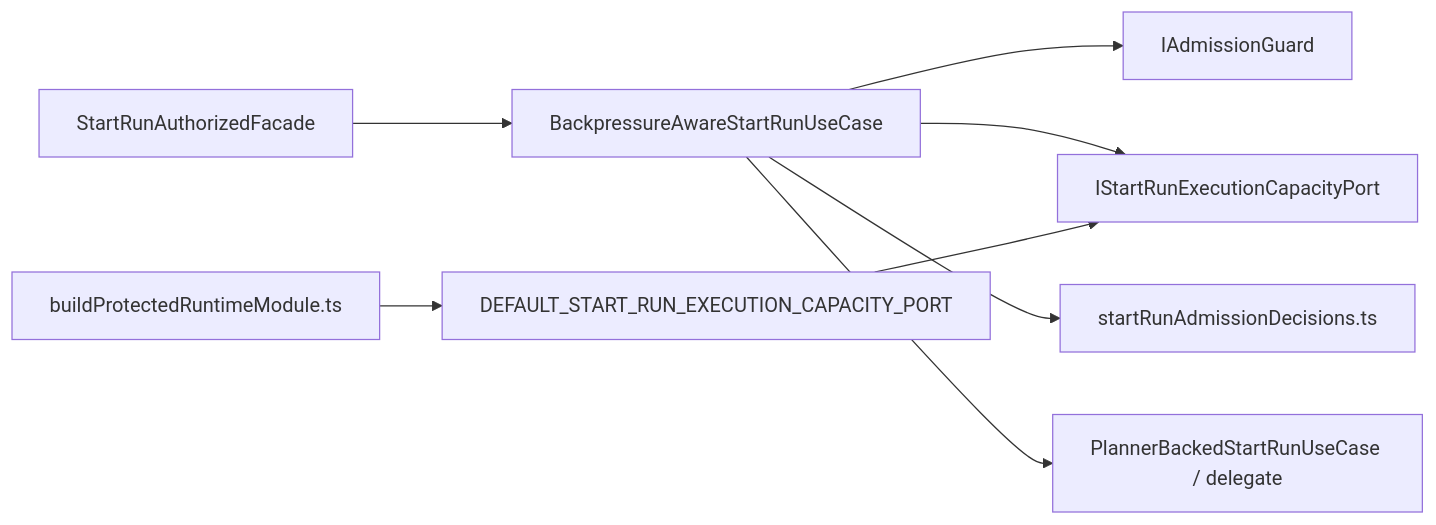
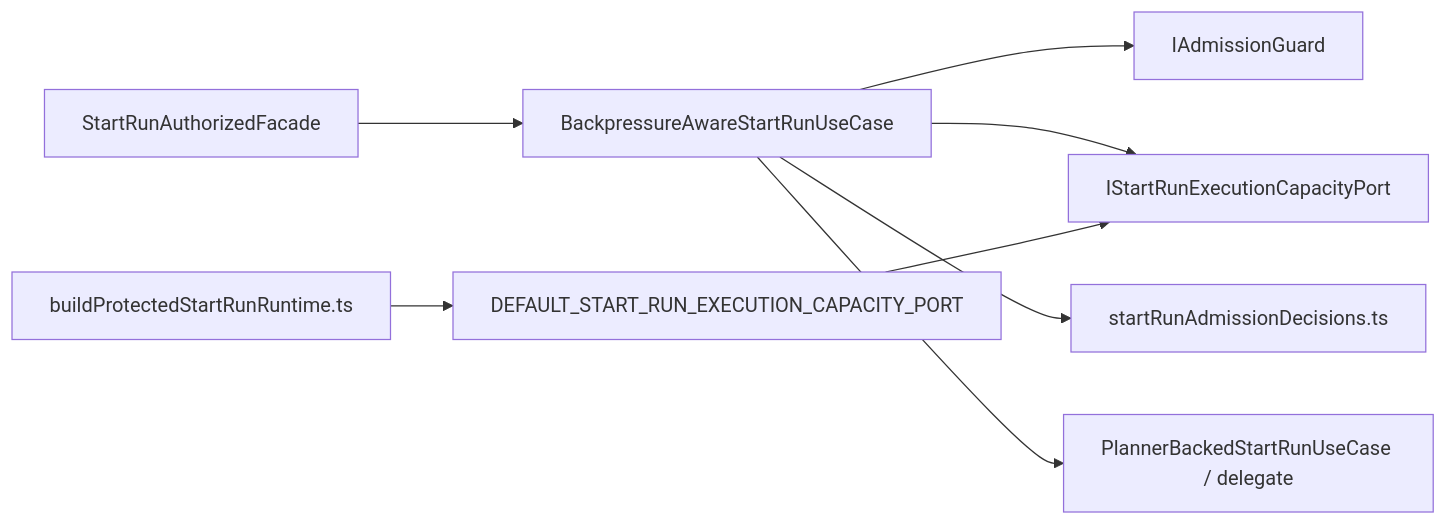
Before and after one commit to dunay2/dvt: the second of 3 diagrams in apps/api/docs/start-run-execution-capacity-admission-component.md, drawn with Mermaid. The commit also changed other lines of this file and 15 other files, not shown here.

Commit message:
refactor(api): Extract start-run runtime composition seam

````diff
--- a/apps/api/docs/start-run-execution-capacity-admission-component.md
+++ b/apps/api/docs/start-run-execution-capacity-admission-component.md
@@ -85,10 +85,10 @@
 ```mermaid
 flowchart LR
   Facade["StartRunAuthorizedFacade"] --> UseCase["BackpressureAwareStartRunUseCase"]
   UseCase --> Guard["IAdmissionGuard"]
   UseCase --> Capacity["IStartRunExecutionCapacityPort"]
   UseCase --> Decisions["startRunAdmissionDecisions.ts"]
   UseCase --> Delegate["PlannerBackedStartRunUseCase / delegate"]
-  Runtime["buildProtectedRuntimeModule.ts"] --> Default["DEFAULT_START_RUN_EXECUTION_CAPACITY_PORT"]
+  Runtime["buildProtectedStartRunRuntime.ts"] --> Default["DEFAULT_START_RUN_EXECUTION_CAPACITY_PORT"]
   Default --> Capacity
 ```
````
